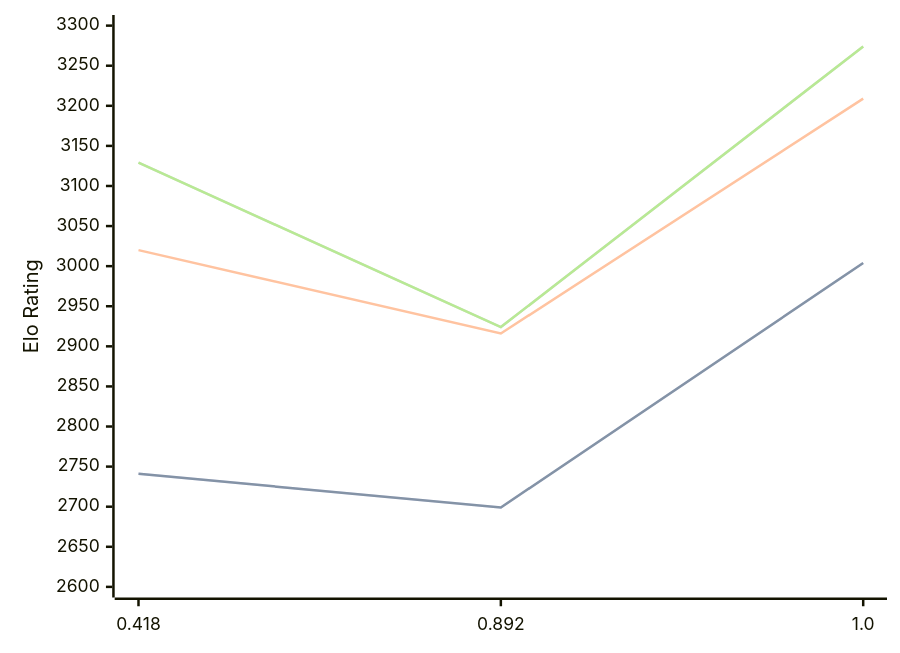
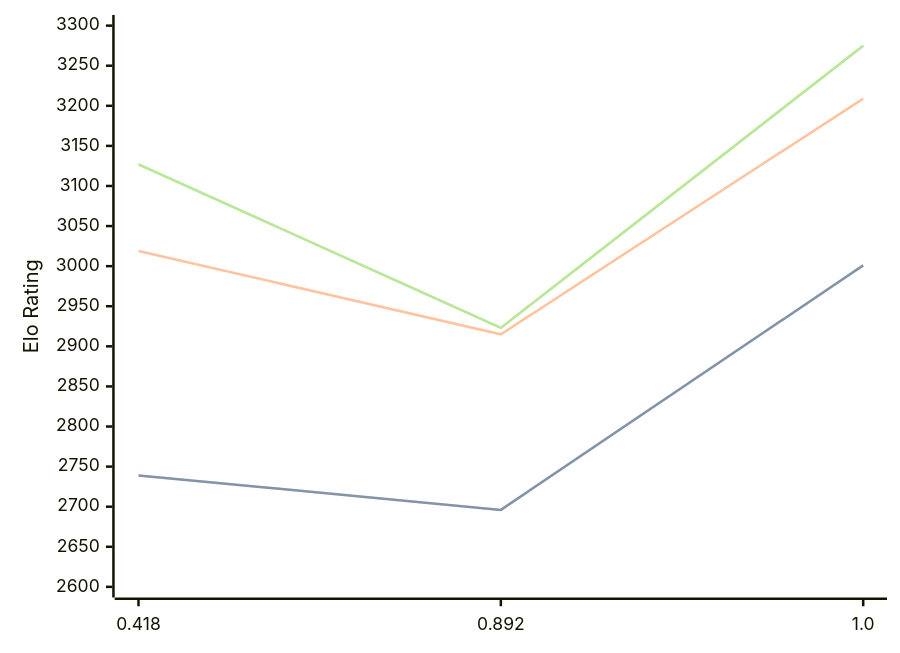
The diagram in engines/Malika.md (computer-chess-index/cci), drawn with Mermaid before and after one commit. The commit also changed other lines of this file, not shown here.

Commit message:
Update CCI Ratings (ELO VLTC) - 2026-03-31

````diff
--- a/engines/Malika.md
+++ b/engines/Malika.md
@@ -33,11 +33,11 @@
 ```mermaid
 %%{init: {"theme":"base","themeVariables":{"seriesColors:['#a3a3a3','#222221','#faa371']}}}%%
 xychart-beta
   x-axis ["0.418", "0.892", "1.0"]
   y-axis "Elo Rating" 2600 --> 3300
-  line "STC (8.0+0.08s)" [2741, 2699, 3004]
-  line "STC (8.0+0.08s)" [2741, 2699, 3004]
-  line "LTC (60.0+0.60s)" [3020, 2916, 3209]
-  line "VLTC (2m24s+1.12s)" [3129, 2924, 3274]
-  line "VLTC (2m24s+1.12s)" [3129, 2924, 3274]
+  line "STC (8.0+0.08s)" [2739, 2696, 3001]
+  line "STC (8.0+0.08s)" [2739, 2696, 3001]
+  line "LTC (60.0+0.60s)" [3019, 2915, 3209]
+  line "VLTC (2m24s+1.12s)" [3127, 2923, 3275]
+  line "VLTC (2m24s+1.12s)" [3127, 2923, 3275]
 ```
````
